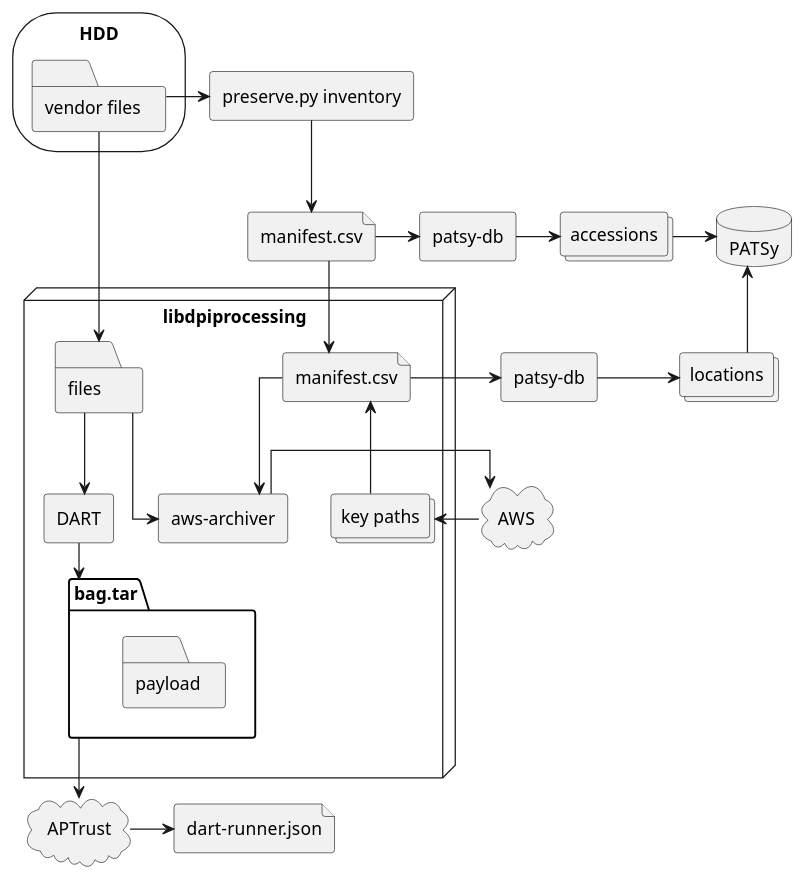
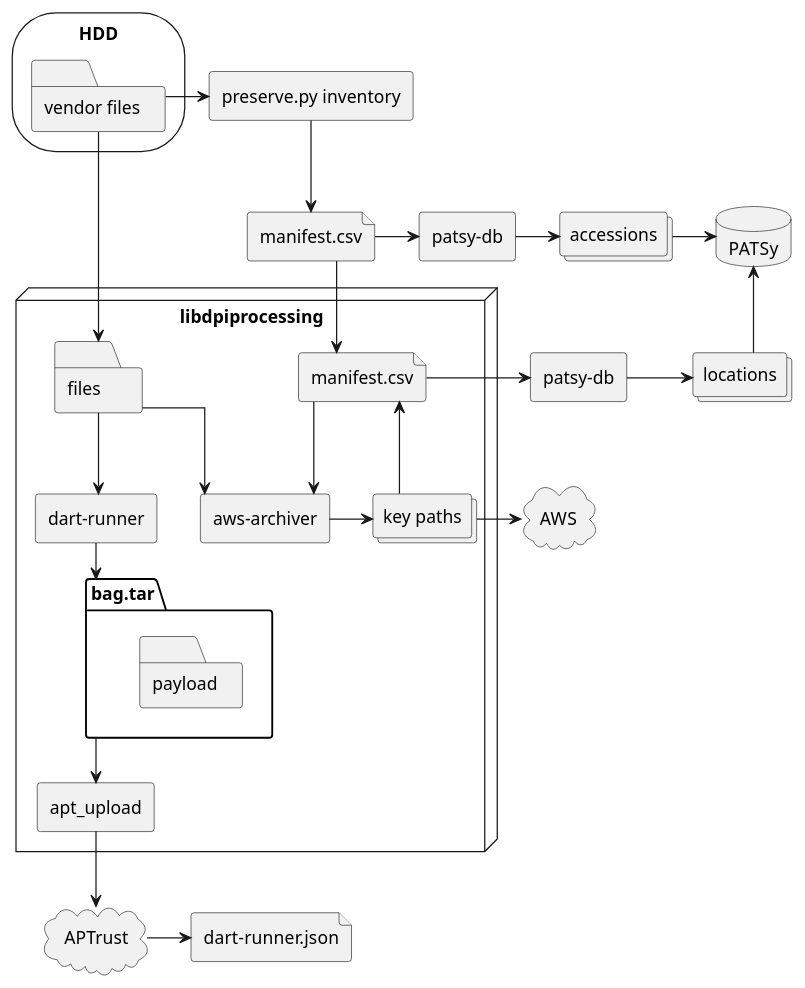
The diagram in docs/process.puml (umd-lib/digital-preservation-toolkit), drawn with PlantUML before and after one commit. The commit also changed 1 other file, not shown here.

Commit message:
Updated current process diagram.
Per discussion at the 2022-09-26 Digital Collections Technical meeting.

```diff
--- a/docs/process.puml
+++ b/docs/process.puml
@@ -1,50 +1,52 @@
 @startuml
 skinparam linetype ortho
 
 storage HDD {
     folder vendorfiles as "vendor files"
 }
 rectangle inventory as "preserve.py inventory"
 file inventory.csv as "manifest.csv"
 collections accessions
 collections locations
 rectangle patsydb as "patsy-db"
 rectangle patsydbdeposit as "patsy-db"
 database PATSy
 node libdpiprocessing {
     folder files
     file manifest.csv
     rectangle awsarchiver as "aws-archiver"
-    rectangle DART
+    rectangle DART as "dart-runner"
     collections keypaths as "key paths"
     package bag.tar {
         folder payload
     }
+    rectangle apt_upload
 }
 file dartrunner as "dart-runner.json"
 cloud AWS
 cloud APTrust
 
 inventory.csv --> manifest.csv
 vendorfiles --> files
 
 vendorfiles -> inventory
 inventory --> inventory.csv
 inventory.csv -> patsydb
 patsydb -> accessions
 accessions -> PATSy
 
 files --> awsarchiver
 manifest.csv --> awsarchiver
-awsarchiver -> AWS
-AWS -> keypaths
+awsarchiver -> keypaths
+keypaths -> AWS
 manifest.csv <-- keypaths
 manifest.csv -> patsydbdeposit
 patsydbdeposit -> locations
 PATSy <-- locations
 
 files --> DART
 DART --> bag.tar
-bag.tar --> APTrust
+bag.tar --> apt_upload
+apt_upload --> APTrust
 APTrust -> dartrunner
 @enduml
```
